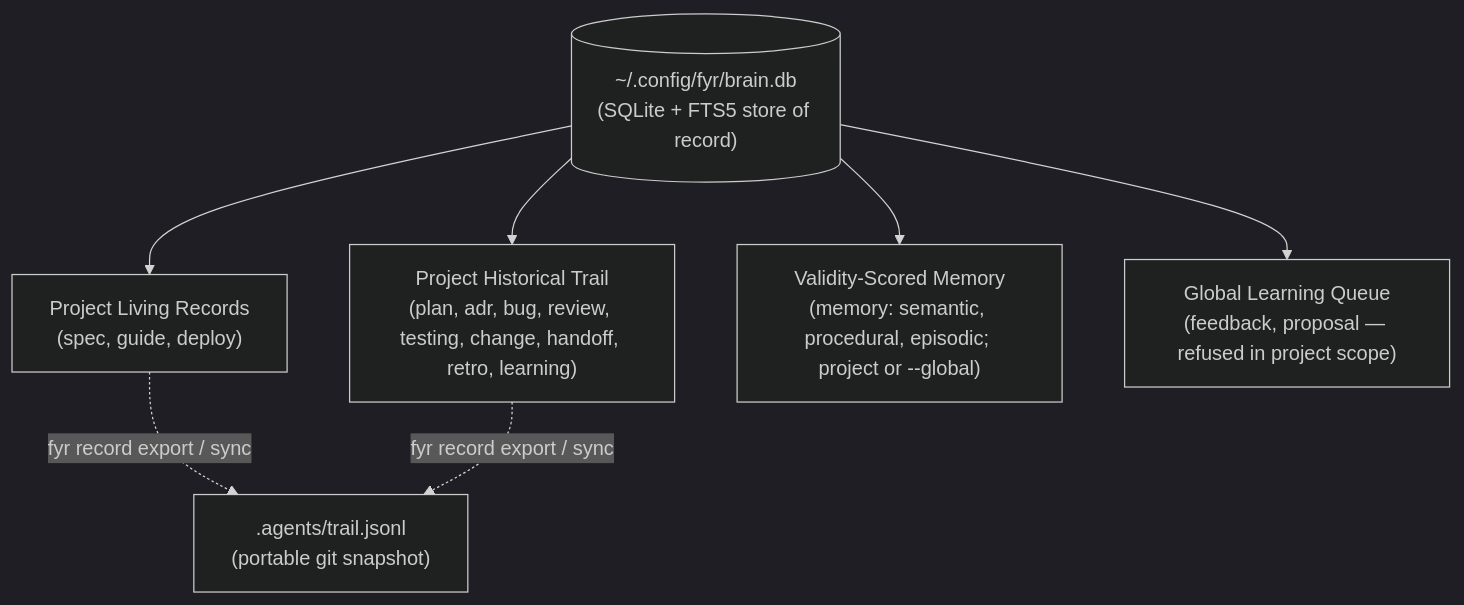
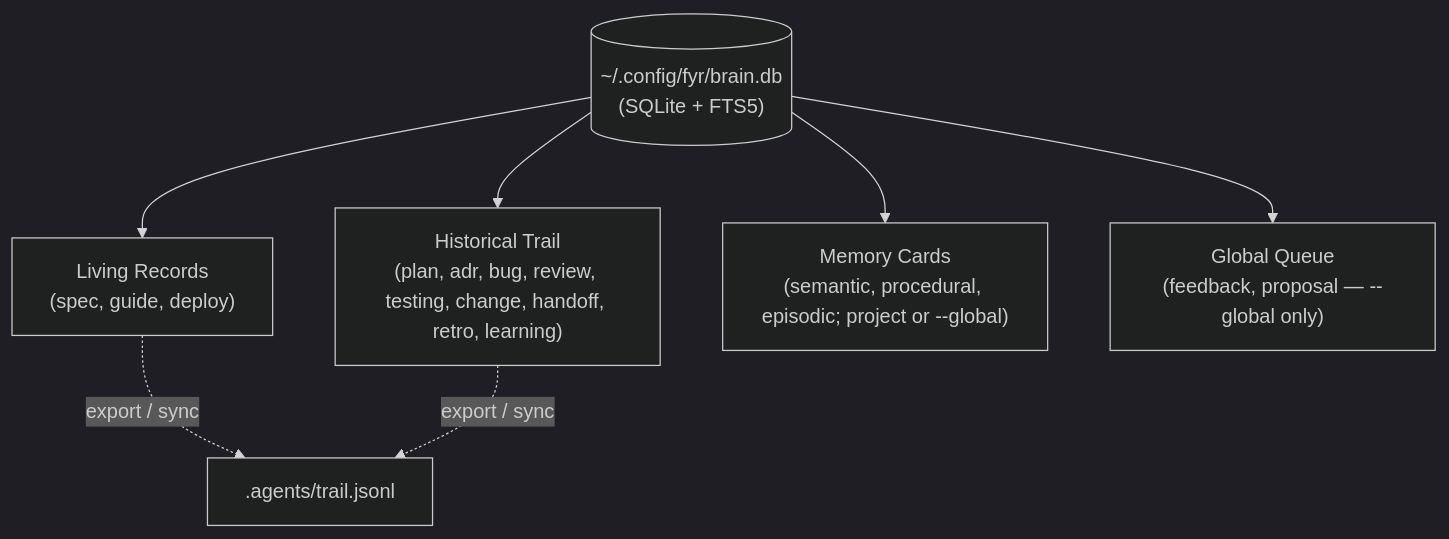
One commit to kesokaj/fyr changed the first of 3 diagrams in features/brain-and-memory.md. Above: the diagram before and after it, drawn with Mermaid (dark theme). The commit also changed other lines of this file and 3 other files, not shown here.

````diff
--- a/features/brain-and-memory.md
+++ b/features/brain-and-memory.md
@@ -9,10 +9,10 @@
 ```mermaid
 flowchart TD
-    brainDB[("~/.config/fyr/brain.db\n(SQLite + FTS5 store of record)")]
-    brainDB --> projLiving["Project Living Records\n(spec, guide, deploy)"]
-    brainDB --> projHistory["Project Historical Trail\n(plan, adr, bug, review, testing, change, handoff, retro, learning)"]
-    brainDB --> memScope["Validity-Scored Memory\n(memory: semantic, procedural, episodic; project or --global)"]
-    brainDB --> globalQueue["Global Learning Queue\n(feedback, proposal — refused in project scope)"]
-    projLiving -. "fyr record export / sync" .-> trailFile[".agents/trail.jsonl\n(portable git snapshot)"]
-    projHistory -. "fyr record export / sync" .-> trailFile
+    brainDB[("~/.config/fyr/brain.db\n(SQLite + FTS5)")]
+    brainDB --> projLiving["Living Records\n(spec, guide, deploy)"]
+    brainDB --> projHistory["Historical Trail\n(plan, adr, bug, review, testing, change, handoff, retro, learning)"]
+    brainDB --> memScope["Memory Cards\n(semantic, procedural, episodic; project or --global)"]
+    brainDB --> globalQueue["Global Queue\n(feedback, proposal — --global only)"]
+    projLiving -. "export / sync" .-> trailFile[".agents/trail.jsonl"]
+    projHistory -. "export / sync" .-> trailFile
 ```
````
